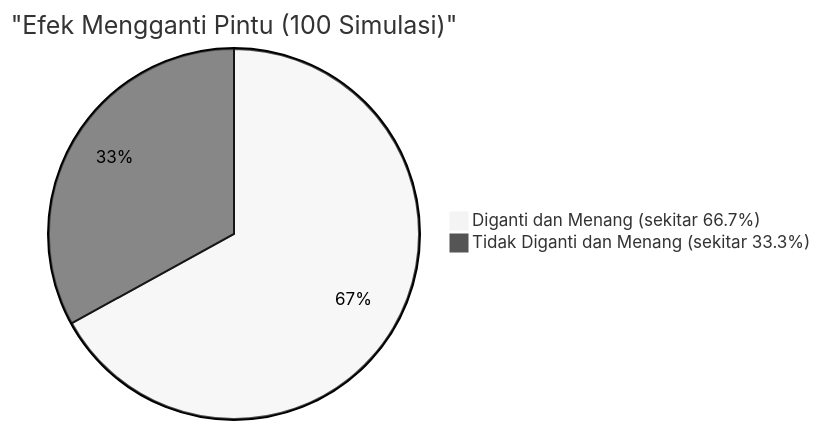
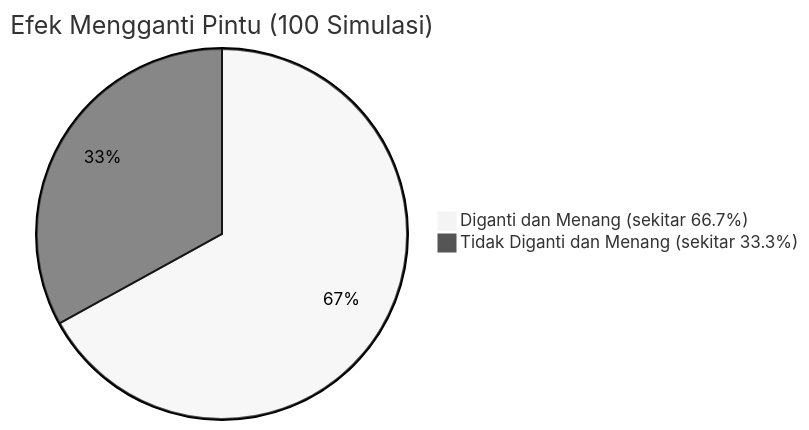
One commit to kenjinote/blog changed the second of 2 diagrams in content/post/モンティ・ホール問題/index.id.md. Above: the diagram before and after it, drawn with Mermaid (neutral theme). The commit also changed other lines of this file and 703 other files, not shown here.

Commit message:
Fix: Remove quotes from Mermaid link texts and timeline definitions to support Mermaid 11.4.1

````diff
--- a/content/post/モンティ・ホール問題/index.id.md
+++ b/content/post/モンティ・ホール問題/index.id.md
@@ -162,5 +162,5 @@
 ```mermaid
-pie title "Efek Mengganti Pintu (100 Simulasi)"
+pie title Efek Mengganti Pintu (100 Simulasi)
     "Diganti dan Menang (sekitar 66.7%)" : 67
     "Tidak Diganti dan Menang (sekitar 33.3%)" : 33
 ```
````
